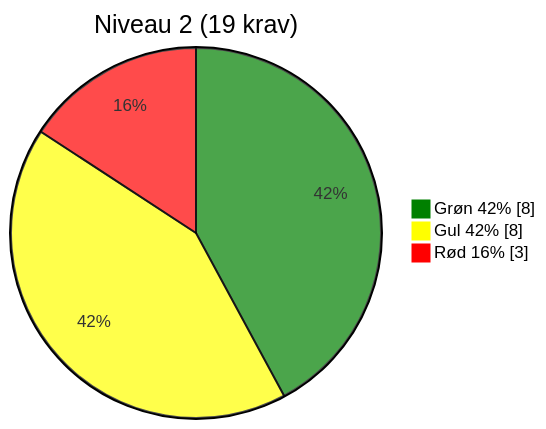
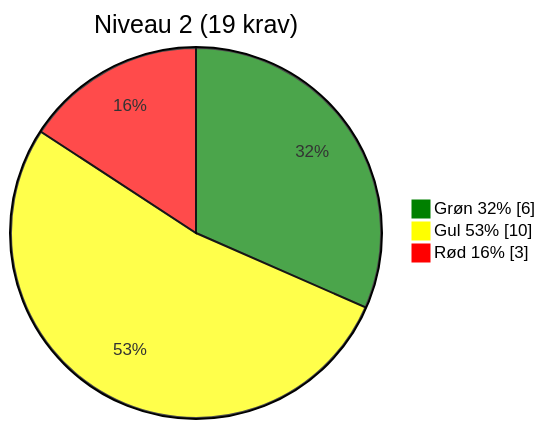
Before and after one commit to OS2offdig/os2-product-audits: the third of 5 diagrams in 2025-09-audits/os2autoproces_assessment_2025-09-05.md, drawn with Mermaid. The commit also changed other lines of this file, not shown here.

Commit message:
Update percents and added pie charts

````diff
--- a/2025-09-audits/os2autoproces_assessment_2025-09-05.md
+++ b/2025-09-audits/os2autoproces_assessment_2025-09-05.md
@@ -150,10 +149,10 @@
 ```mermaid
   %%{init: {"themeVariables": {
   "pie1": "#008000", "pie2": "#FFFF00", "pie3": "#FF0000"
 }}}%%
 pie showData
   title Niveau 2 (19 krav)
-  "Grøn 42%" : 8
-  "Gul 42%"  : 8
+  "Grøn 32%" : 6
+  "Gul 53%"  : 10
   "Rød 16%"  : 3
 ```
````
